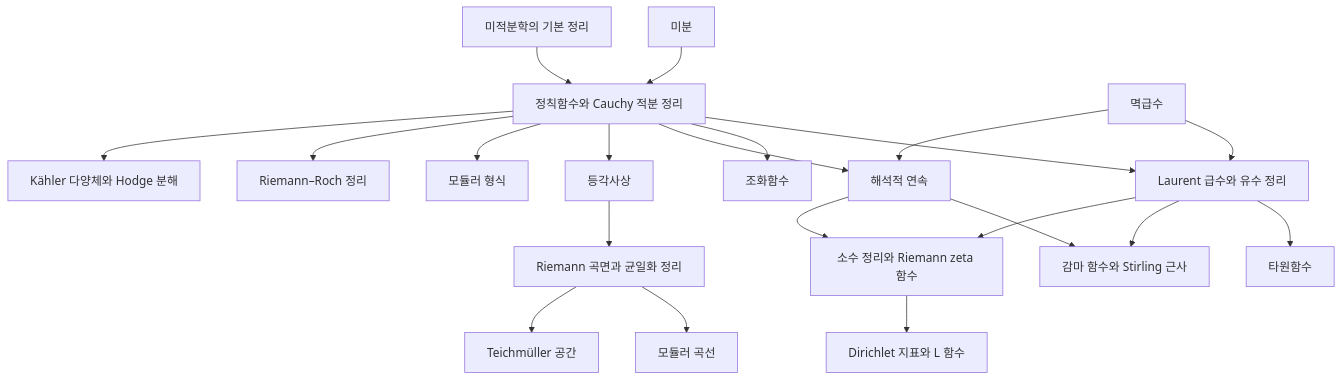
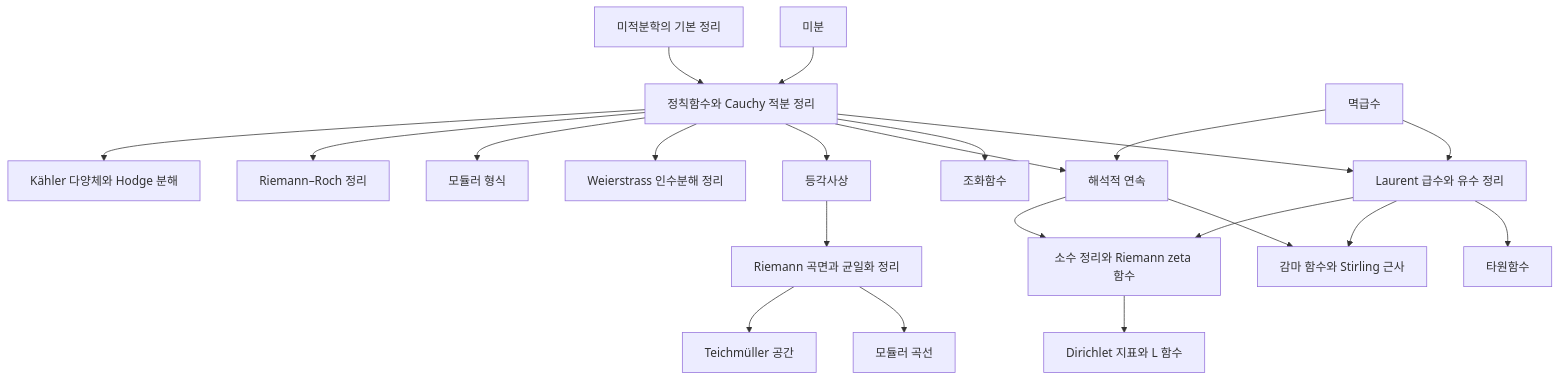
One commit to Phryxia/math-map changed the diagram in docs/complex-analysis-overview.md. Above: the diagram before and after it, drawn with Mermaid. The commit also changed other lines of this file and 3 other files, not shown here.

````diff
--- a/docs/complex-analysis-overview.md
+++ b/docs/complex-analysis-overview.md
@@ -13,23 +13,24 @@
 ```mermaid
 graph TD
   DV["미분"] --> HF["정칙함수와 Cauchy 적분 정리"]
   FC["미적분학의 기본 정리"] --> HF
   PS["멱급수"] --> RT["Laurent 급수와 유수 정리"]
   HF --> RT
   HF --> HM["조화함수"]
   PS --> AC["해석적 연속"]
   HF --> AC
   HF --> CM["등각사상"]
+  HF --> WF["Weierstrass 인수분해 정리"]
   CM --> RS["Riemann 곡면과 균일화 정리"]
   RS --> MC["모듈러 곡선"]
   RS --> TS["Teichmüller 공간"]
   RT --> EF["타원함수"]
   RT --> GF["감마 함수와 Stirling 근사"]
   AC --> GF
   RT --> PNT["소수 정리와 Riemann zeta 함수"]
   AC --> PNT
   PNT --> DL["Dirichlet 지표와 L 함수"]
   HF --> MF["모듈러 형식"]
   HF --> RR["Riemann–Roch 정리"]
   HF --> KM["Kähler 다양체와 Hodge 분해"]
 ```
````
